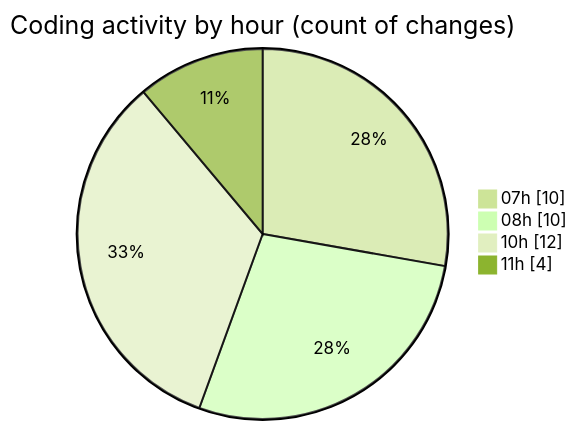
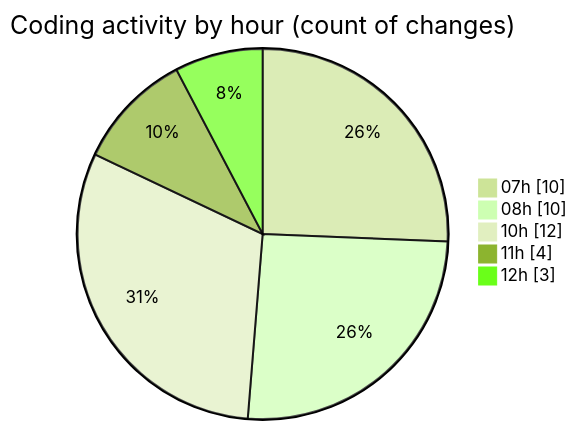
Before and after one commit to tmsrecording-cyber/code-tracking: the second of 2 diagrams in 2026-02-08/singularitybrainai/README.md, drawn with Mermaid (forest theme). The commit also changed other lines of this file and 1 other file, not shown here.

````diff
--- a/2026-02-08/singularitybrainai/README.md
+++ b/2026-02-08/singularitybrainai/README.md
@@ -36,8 +36,9 @@
 ```mermaid
 pie showData
 title Coding activity by hour (count of changes)
 "07h" : 10
 "08h" : 10
 "10h" : 12
 "11h" : 4
+"12h" : 3
 ```
````
